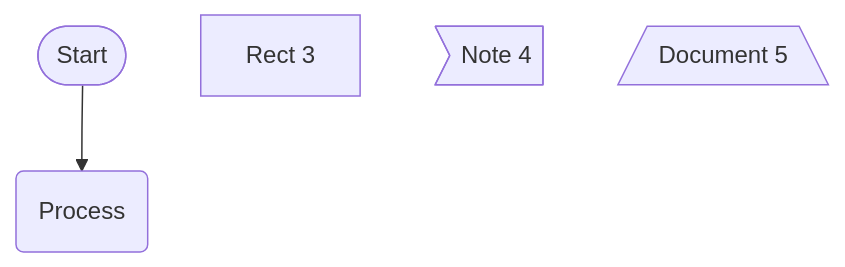
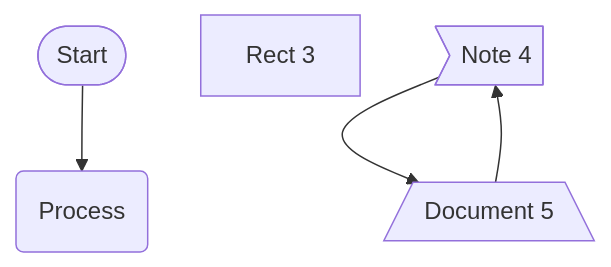
The diagram in mmd/123_a666b39a-0e0e-439d-8019-f0c5ed176eba.mmd (pingpm/mermaid_vault), drawn with Mermaid before and after one commit. The commit also changed 3 other files, not shown here.

Commit message:
Sync Mermaid Studio data (20 diagrams)

```diff
--- a/mmd/123_a666b39a-0e0e-439d-8019-f0c5ed176eba.mmd
+++ b/mmd/123_a666b39a-0e0e-439d-8019-f0c5ed176eba.mmd
@@ -1,7 +1,9 @@
 flowchart TD
   n_0(["Start"])
   n_1("Process")
   n_2["Rect 3"]
   n_3>"Note 4"]
   n_4[/"Document 5"\]
   n_0 --> n_1
+  n_4 --> n_3
+  n_3 --> n_4
```
